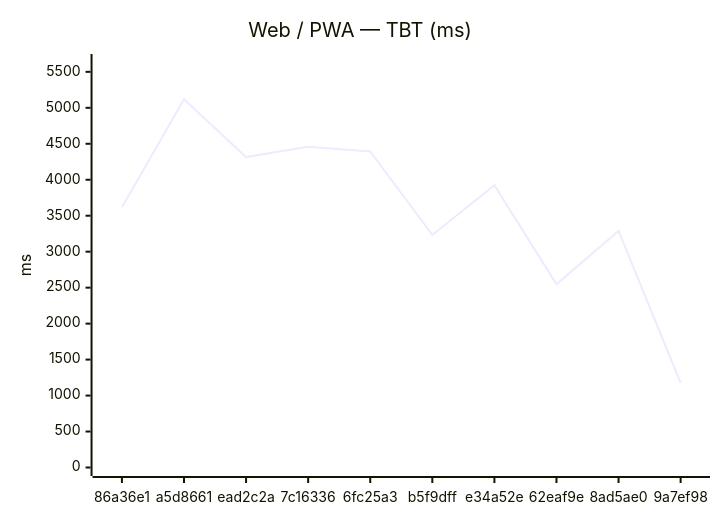
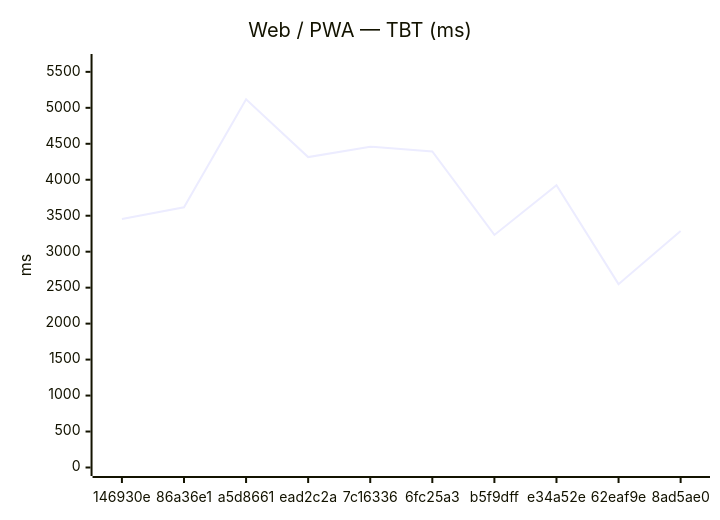
The second of 12 diagrams in benchmarks/compare.md (Metaheurist/Rianell), drawn with Mermaid before and after one commit. The commit also changed other lines of this file and 8 other files, not shown here.

````diff
--- a/benchmarks/compare.md
+++ b/benchmarks/compare.md
@@ -31,7 +31,7 @@
 ```mermaid
 xychart-beta
     title "Web / PWA — TBT (ms)"
-    x-axis ["86a36e1", "a5d8661", "ead2c2a", "7c16336", "6fc25a3", "b5f9dff", "e34a52e", "62eaf9e", "8ad5ae0", "9a7ef98"]
+    x-axis ["146930e", "86a36e1", "a5d8661", "ead2c2a", "7c16336", "6fc25a3", "b5f9dff", "e34a52e", "62eaf9e", "8ad5ae0"]
     y-axis "ms" 0 --> 5630
-    line [3617, 5118, 4315, 4460, 4393, 3233, 3925, 2549, 3289, 1175]
+    line [3453, 3617, 5118, 4315, 4460, 4393, 3233, 3925, 2549, 3289]
 ```
````
